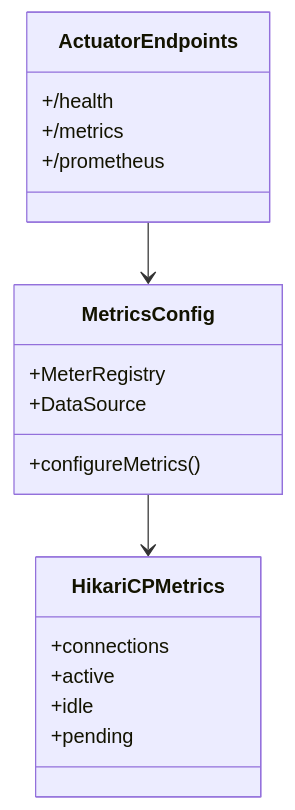
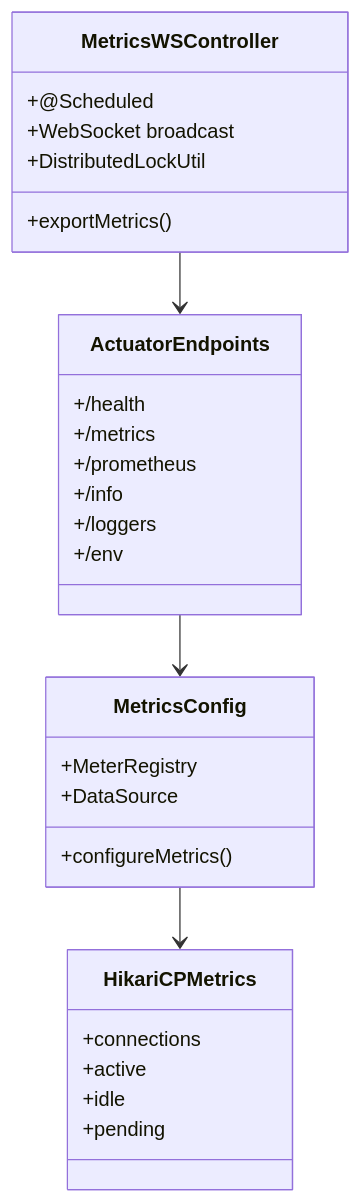
Before and after one commit to Vinskao/ty-multiverse-backend: diagram 11 of 13 in README.md, drawn with Mermaid. The commit also changed other lines of this file and 7 other files, not shown here.

````diff
--- a/README.md
+++ b/README.md
@@ -388,24 +550,35 @@
 ```mermaid
 classDiagram
     class ActuatorEndpoints {
         +/health
         +/metrics
         +/prometheus
+        +/info
+        +/loggers
+        +/env
     }
     
     class MetricsConfig {
         +configureMetrics()
         +MeterRegistry
         +DataSource
+    }
+    
+    class MetricsWSController {
+        +@Scheduled
+        +exportMetrics()
+        +WebSocket broadcast
+        +DistributedLockUtil
     }
     
     class HikariCPMetrics {
         +connections
         +active
         +idle
         +pending
     }
     
     ActuatorEndpoints --> MetricsConfig
     MetricsConfig --> HikariCPMetrics
+    MetricsWSController --> ActuatorEndpoints
 ```
````
